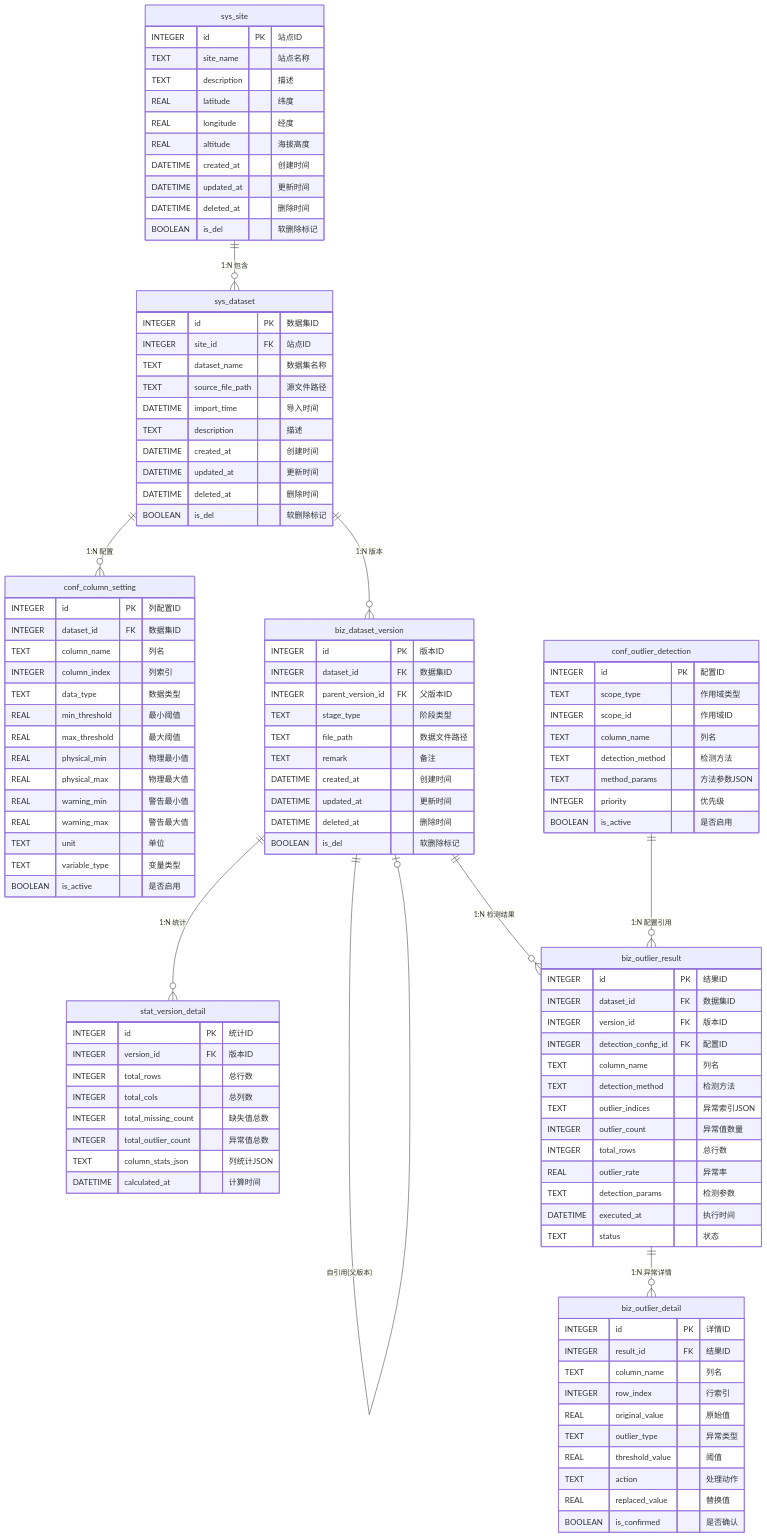
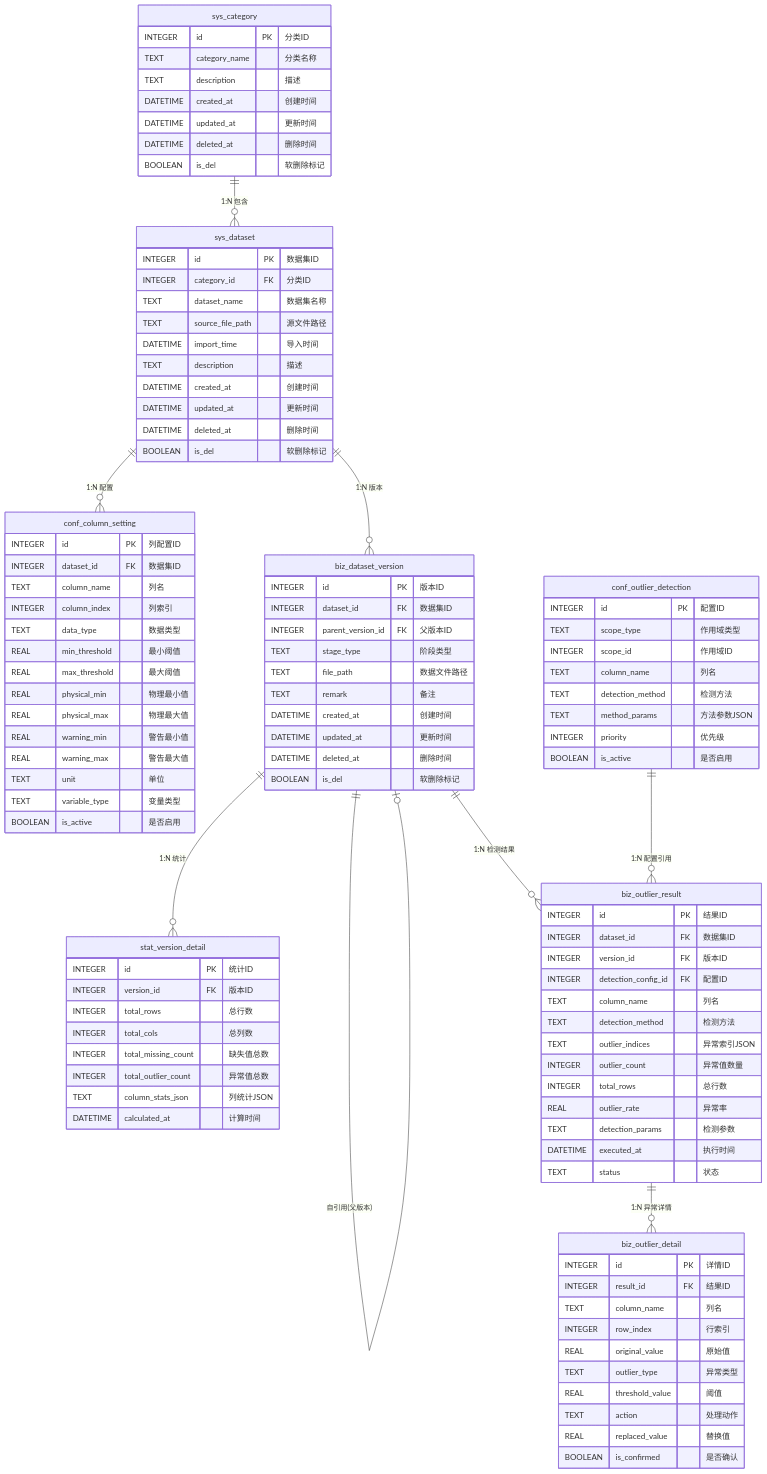
Before and after one commit to li-02/qc_desktop: the diagram in 开发文档/数据库设计.md, drawn with Mermaid. The commit also changed other lines of this file and 4 other files, not shown here.

````diff
--- a/开发文档/数据库设计.md
+++ b/开发文档/数据库设计.md
@@ -26,6 +29,6 @@
 ```mermaid
 erDiagram
-    sys_site ||--o{ sys_dataset : "1:N 包含"
+    sys_category ||--o{ sys_dataset : "1:N 包含"
     sys_dataset ||--o{ conf_column_setting : "1:N 配置"
     sys_dataset ||--o{ biz_dataset_version : "1:N 版本"
     biz_dataset_version ||--o{ stat_version_detail : "1:N 统计"
@@ -34,13 +37,10 @@
     conf_outlier_detection ||--o{ biz_outlier_result : "1:N 配置引用"
     biz_dataset_version ||--o| biz_dataset_version : "自引用(父版本)"
 
-    sys_site {
-        INTEGER id PK "站点ID"
-        TEXT site_name "站点名称"
+    sys_category {
+        INTEGER id PK "分类ID"
+        TEXT category_name "分类名称"
         TEXT description "描述"
-        REAL latitude "纬度"
-        REAL longitude "经度"
-        REAL altitude "海拔高度"
         DATETIME created_at "创建时间"
         DATETIME updated_at "更新时间"
         DATETIME deleted_at "删除时间"
@@ -49,7 +49,7 @@
 
     sys_dataset {
         INTEGER id PK "数据集ID"
-        INTEGER site_id FK "站点ID"
+        INTEGER category_id FK "分类ID"
         TEXT dataset_name "数据集名称"
         TEXT source_file_path "源文件路径"
         DATETIME import_time "导入时间"
````
